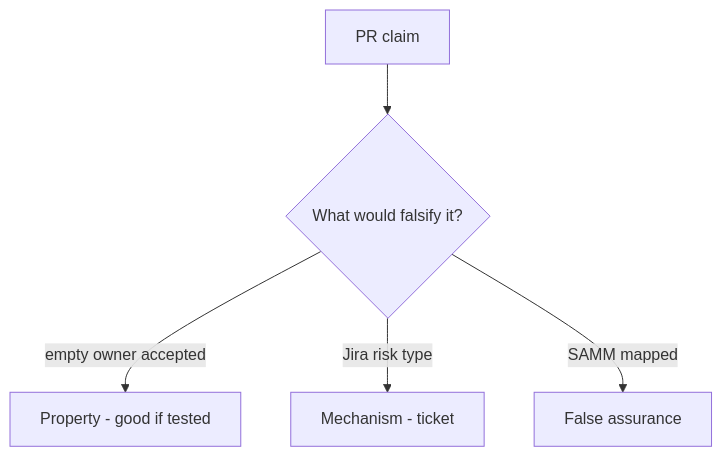
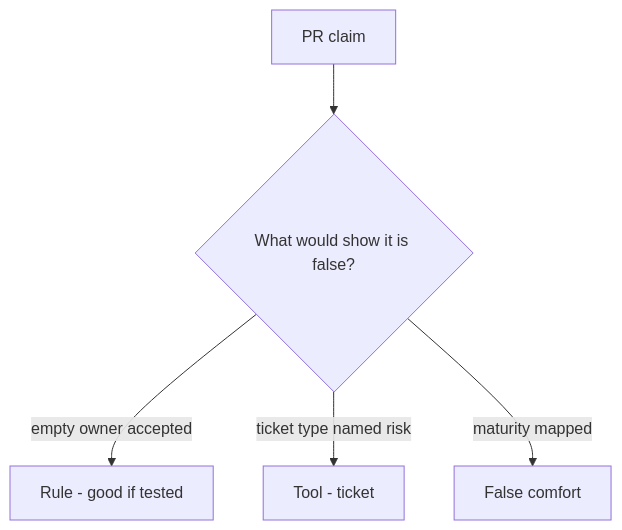
One commit to ishitvagoel/LearnSecurity changed the diagram in content/modules/e/E6/lessons/08-review.md. Above: the diagram before and after it, drawn with Mermaid. The commit also changed other lines of this file and 55 other files, not shown here.

````diff
--- a/content/modules/e/E6/lessons/08-review.md
+++ b/content/modules/e/E6/lessons/08-review.md
@@ -17,7 +18,7 @@
 ```mermaid
 flowchart TD
-  Claim[PR claim] --> Q{"What would falsify it?"}
-  Q -->|empty owner accepted| Property["Property - good if tested"]
-  Q -->|Jira risk type| Mechanism[Mechanism - ticket]
-  Q -->|SAMM mapped| False[False assurance]
+  Claim[PR claim] --> Q{"What would show it is false?"}
+  Q -->|empty owner accepted| Property["Rule - good if tested"]
+  Q -->|ticket type named risk| Mechanism[Tool - ticket]
+  Q -->|maturity mapped| False[False comfort]
 ```
````
